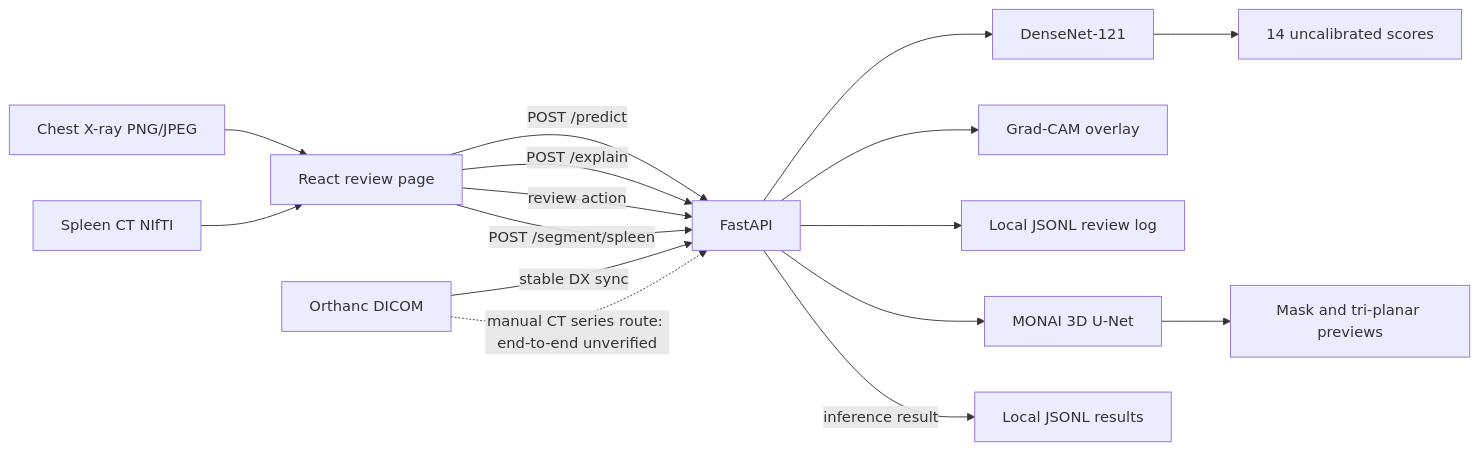
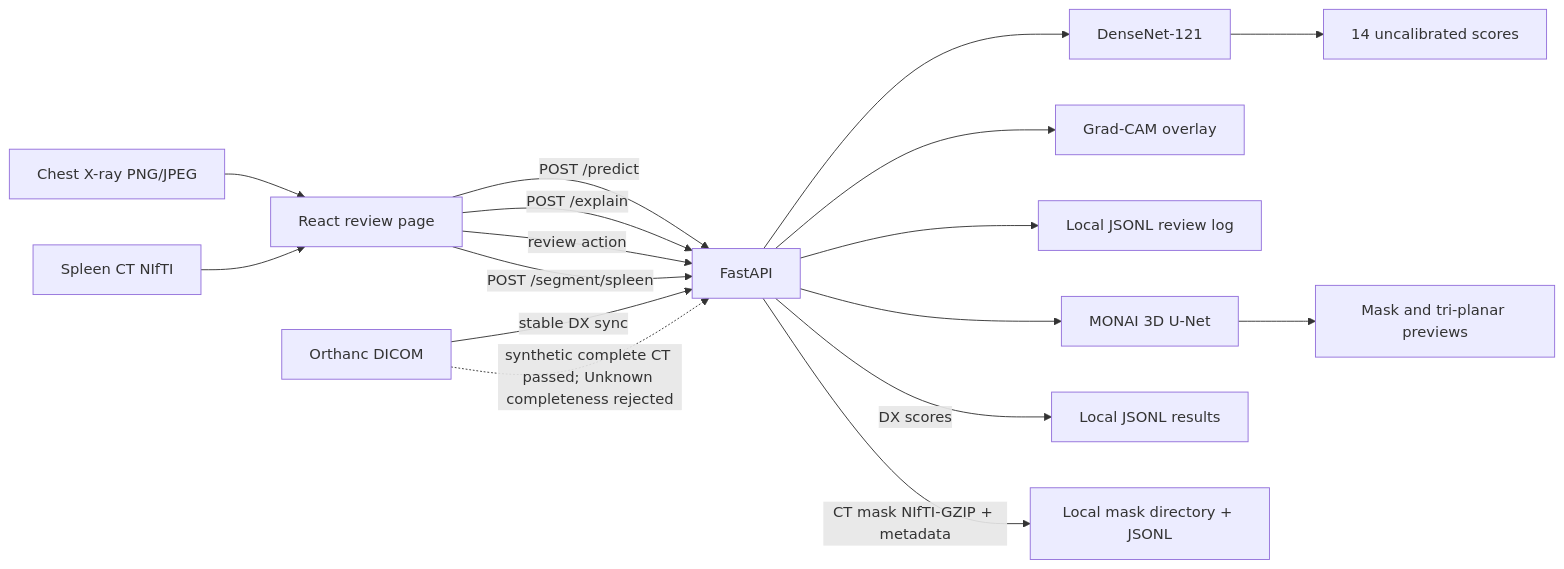
One commit to ram15x/nexvia-aiml-02-medical-imaging changed the diagram in docs/architecture.md. Above: the diagram before and after it, drawn with Mermaid. The commit also changed other lines of this file and 16 other files, not shown here.

````diff
--- a/docs/architecture.md
+++ b/docs/architecture.md
@@ -7,18 +7,19 @@
 ```mermaid
 flowchart LR
   X[Chest X-ray PNG/JPEG] --> UI[React review page]
   UI -->|POST /predict| API[FastAPI]
   API --> CX[DenseNet-121]
   CX --> S[14 uncalibrated scores]
   UI -->|POST /explain| API
   API --> G[Grad-CAM overlay]
   UI -->|review action| API
   API --> J[Local JSONL review log]
   N[Spleen CT NIfTI] --> UI
   UI -->|POST /segment/spleen| API
   API --> SU[MONAI 3D U-Net]
   SU --> M[Mask and tri-planar previews]
   O[Orthanc DICOM] -->|stable DX sync| API
-  API -->|inference result| R[Local JSONL results]
-  O -. manual CT series route: end-to-end unverified .-> API
+  API -->|DX scores| R[Local JSONL results]
+  O -. synthetic complete CT passed; Unknown completeness rejected .-> API
+  API -->|CT mask NIfTI-GZIP + metadata| SR[Local mask directory + JSONL]
 ```
````
